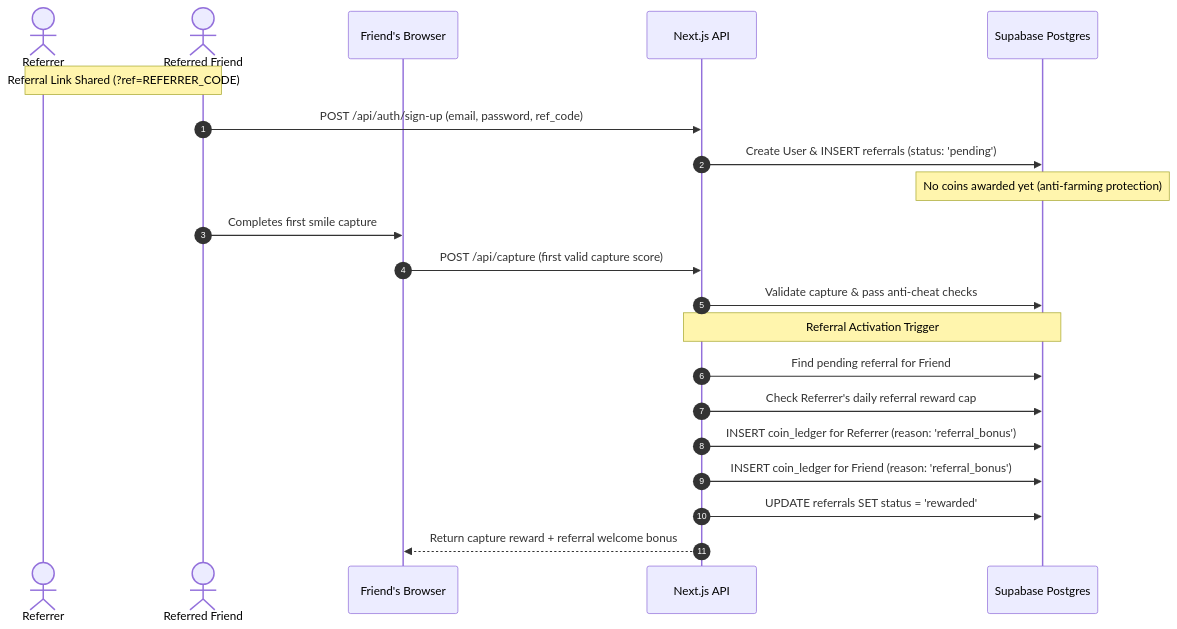
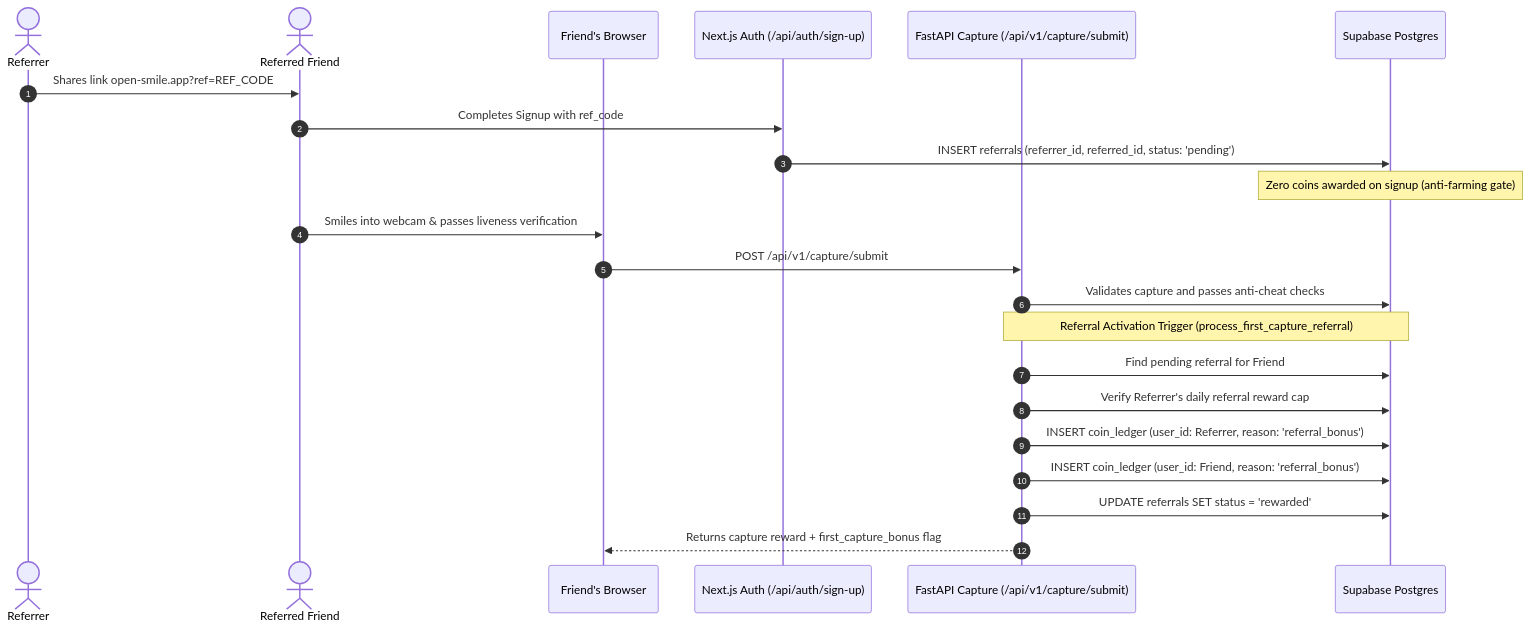
Before and after one commit to ronisarkar-official/open-smile: the third of 3 diagrams in architecture.md, drawn with Mermaid. The commit also changed other lines of this file and 7 other files, not shown here.

Commit message:
feat: introduce FastAPI backend engine and update architecture documentation

````diff
--- a/architecture.md
+++ b/architecture.md
@@ -122,27 +191,28 @@
 ```mermaid
 sequenceDiagram
     autonumber
     actor Referrer
     actor Friend as Referred Friend
     participant Client as Friend's Browser
-    participant Server as Next.js API
+    participant Auth as Next.js Auth (/api/auth/sign-up)
+    participant Capture as FastAPI Capture (/api/v1/capture/submit)
     participant DB as Supabase Postgres
 
-    Note over Referrer,Friend: Referral Link Shared (?ref=REFERRER_CODE)
-    Friend->>Server: POST /api/auth/sign-up (email, password, ref_code)
-    Server->>DB: Create User & INSERT referrals (status: 'pending')
-    Note over DB: No coins awarded yet (anti-farming protection)
+    Referrer->>Friend: Shares link open-smile.app?ref=REF_CODE
+    Friend->>Auth: Completes Signup with ref_code
+    Auth->>DB: INSERT referrals (referrer_id, referred_id, status: 'pending')
+    Note over DB: Zero coins awarded on signup (anti-farming gate)
 
-    Friend->>Client: Completes first smile capture
-    Client->>Server: POST /api/capture (first valid capture score)
-    Server->>DB: Validate capture & pass anti-cheat checks
+    Friend->>Client: Smiles into webcam & passes liveness verification
+    Client->>Capture: POST /api/v1/capture/submit
+    Capture->>DB: Validates capture and passes anti-cheat checks
 
-    Note over Server,DB: Referral Activation Trigger
-    Server->>DB: Find pending referral for Friend
-    Server->>DB: Check Referrer's daily referral reward cap
-    Server->>DB: INSERT coin_ledger for Referrer (reason: 'referral_bonus')
-    Server->>DB: INSERT coin_ledger for Friend (reason: 'referral_bonus')
-    Server->>DB: UPDATE referrals SET status = 'rewarded'
+    Note over Capture,DB: Referral Activation Trigger (process_first_capture_referral)
+    Capture->>DB: Find pending referral for Friend
+    Capture->>DB: Verify Referrer's daily referral reward cap
+    Capture->>DB: INSERT coin_ledger (user_id: Referrer, reason: 'referral_bonus')
+    Capture->>DB: INSERT coin_ledger (user_id: Friend, reason: 'referral_bonus')
+    Capture->>DB: UPDATE referrals SET status = 'rewarded'
 
-    Server-->>Client: Return capture reward + referral welcome bonus
+    Capture-->>Client: Returns capture reward + first_capture_bonus flag
 ```
````
